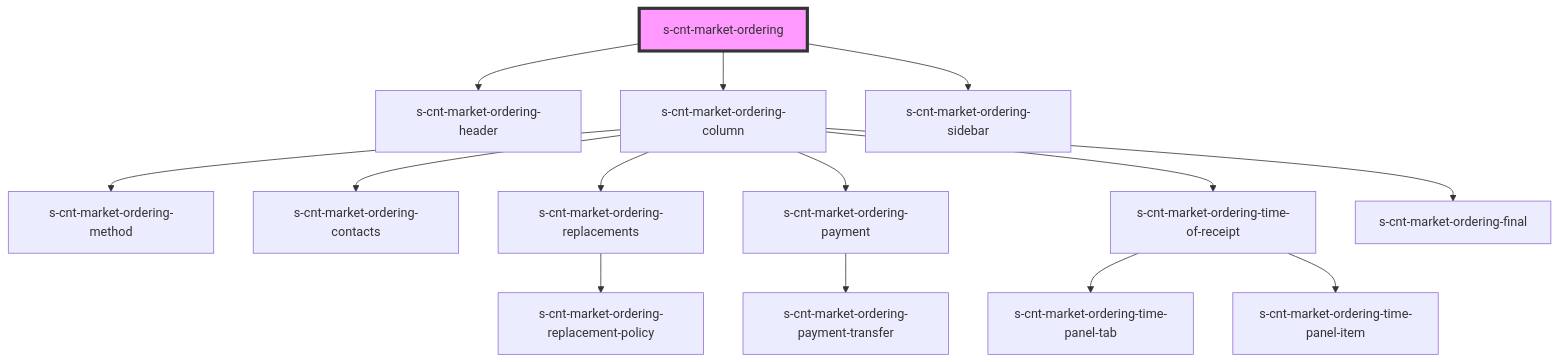
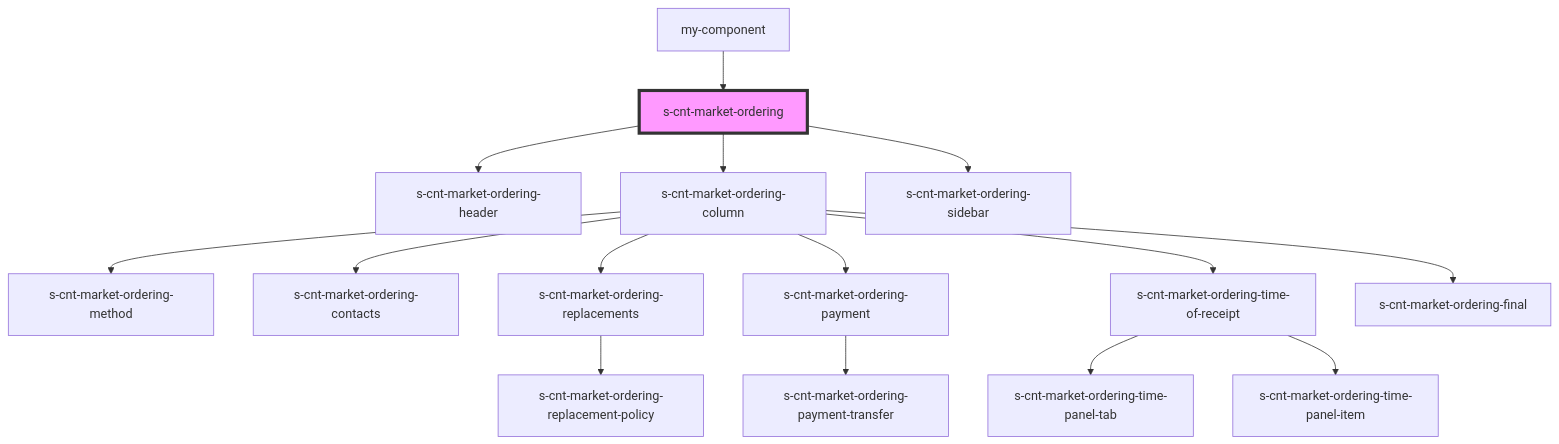
Before and after one commit to Wokh-Dada/shop-market: the diagram in src/components/s-cnt-market-ordering/readme.md, drawn with Mermaid. The commit also changed other lines of this file and 4 other files, not shown here.

````diff
--- a/src/components/s-cnt-market-ordering/readme.md
+++ b/src/components/s-cnt-market-ordering/readme.md
@@ -17,17 +21,18 @@
 ```mermaid
 graph TD;
   s-cnt-market-ordering --> s-cnt-market-ordering-header
   s-cnt-market-ordering --> s-cnt-market-ordering-column
   s-cnt-market-ordering --> s-cnt-market-ordering-sidebar
   s-cnt-market-ordering-column --> s-cnt-market-ordering-method
   s-cnt-market-ordering-column --> s-cnt-market-ordering-contacts
   s-cnt-market-ordering-column --> s-cnt-market-ordering-replacements
   s-cnt-market-ordering-column --> s-cnt-market-ordering-payment
   s-cnt-market-ordering-column --> s-cnt-market-ordering-time-of-receipt
   s-cnt-market-ordering-column --> s-cnt-market-ordering-final
   s-cnt-market-ordering-replacements --> s-cnt-market-ordering-replacement-policy
   s-cnt-market-ordering-payment --> s-cnt-market-ordering-payment-transfer
   s-cnt-market-ordering-time-of-receipt --> s-cnt-market-ordering-time-panel-tab
   s-cnt-market-ordering-time-of-receipt --> s-cnt-market-ordering-time-panel-item
+  my-component --> s-cnt-market-ordering
   style s-cnt-market-ordering fill:#f9f,stroke:#333,stroke-width:4px
 ```
````
